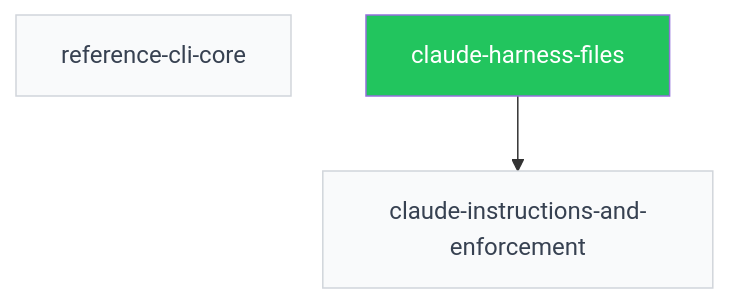
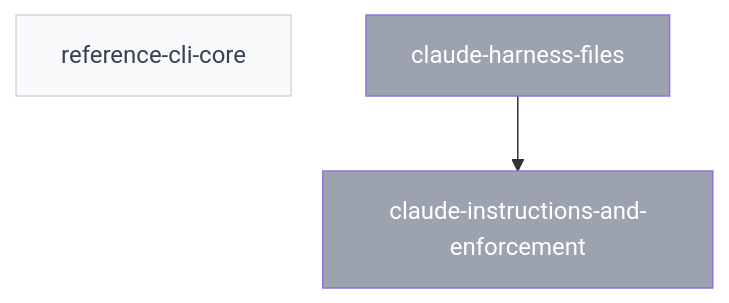
Before and after one commit to SpiralSky/specplane: the diagram in plans/PLANS.md, drawn with Mermaid. The commit also changed other lines of this file and 10 other files, not shown here.

First line of the commit message:
chore(specplane): finish 2026-10-29-claude-instructions-and-enforcement

````diff
--- a/plans/PLANS.md
+++ b/plans/PLANS.md
@@ -19,14 +20,14 @@
 ```mermaid
 graph TD
     p_2026_10_28_reference_cli_core[reference-cli-core]:::draft
-    p_2026_10_29_claude_harness_files[claude-harness-files]:::ready
-    p_2026_10_29_claude_instructions_and_enforcement[claude-instructions-and-enforcement]:::draft
+    p_2026_10_29_claude_harness_files[claude-harness-files]:::done
+    p_2026_10_29_claude_instructions_and_enforcement[claude-instructions-and-enforcement]:::done
     p_2026_10_29_claude_harness_files --> p_2026_10_29_claude_instructions_and_enforcement
     classDef draft fill:#f9fafb,color:#374151,stroke:#d1d5db
     classDef ready fill:#22c55e,color:#fff
     classDef blocked fill:#ef4444,color:#fff
     classDef in_progress fill:#3b82f6,color:#fff
     classDef review fill:#60a5fa,color:#fff
     classDef done fill:#9ca3af,color:#fff
     classDef abandoned fill:#9ca3af,color:#fff,text-decoration:line-through
 ```
````
